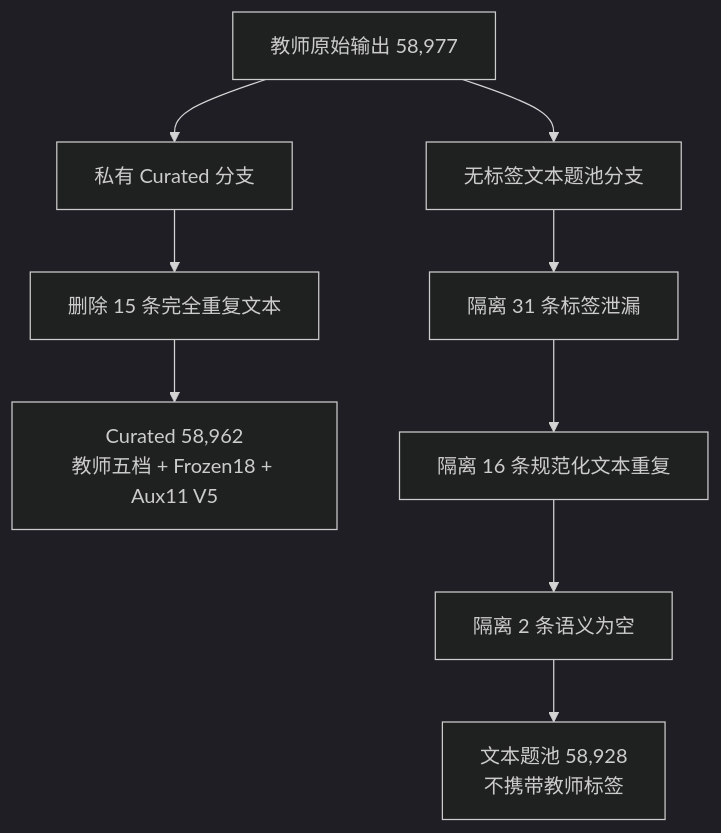
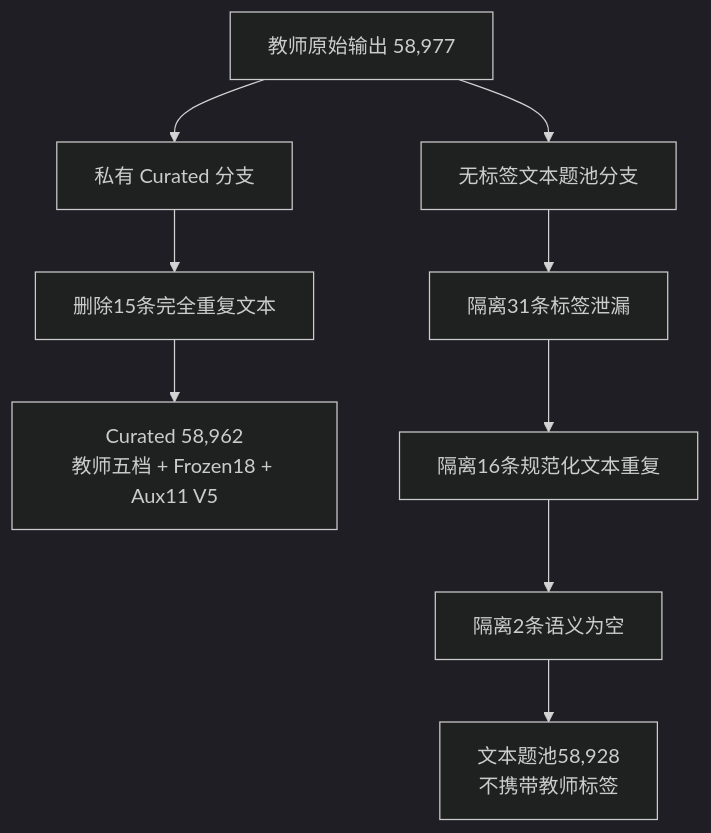
The diagram in docs/frozen18_to_aux11_data_contract.md (wishfine/physics-difficulty-rater), drawn with Mermaid (dark theme) before and after one commit. The commit also changed other lines of this file, not shown here.

````diff
--- a/docs/frozen18_to_aux11_data_contract.md
+++ b/docs/frozen18_to_aux11_data_contract.md
@@ -495,12 +655,12 @@
 ```mermaid
 flowchart TD
     A["教师原始输出 58,977"]
     A --> B["私有 Curated 分支"]
     A --> C["无标签文本题池分支"]
-    B --> D["删除 15 条完全重复文本"]
+    B --> D["删除15条完全重复文本"]
     D --> E["Curated 58,962\n教师五档 + Frozen18 + Aux11 V5"]
-    C --> F["隔离 31 条标签泄漏"]
-    F --> G["隔离 16 条规范化文本重复"]
-    G --> H["隔离 2 条语义为空"]
-    H --> I["文本题池 58,928\n不携带教师标签"]
+    C --> F["隔离31条标签泄漏"]
+    F --> G["隔离16条规范化文本重复"]
+    G --> H["隔离2条语义为空"]
+    H --> I["文本题池58,928\n不携带教师标签"]
 ```
````
